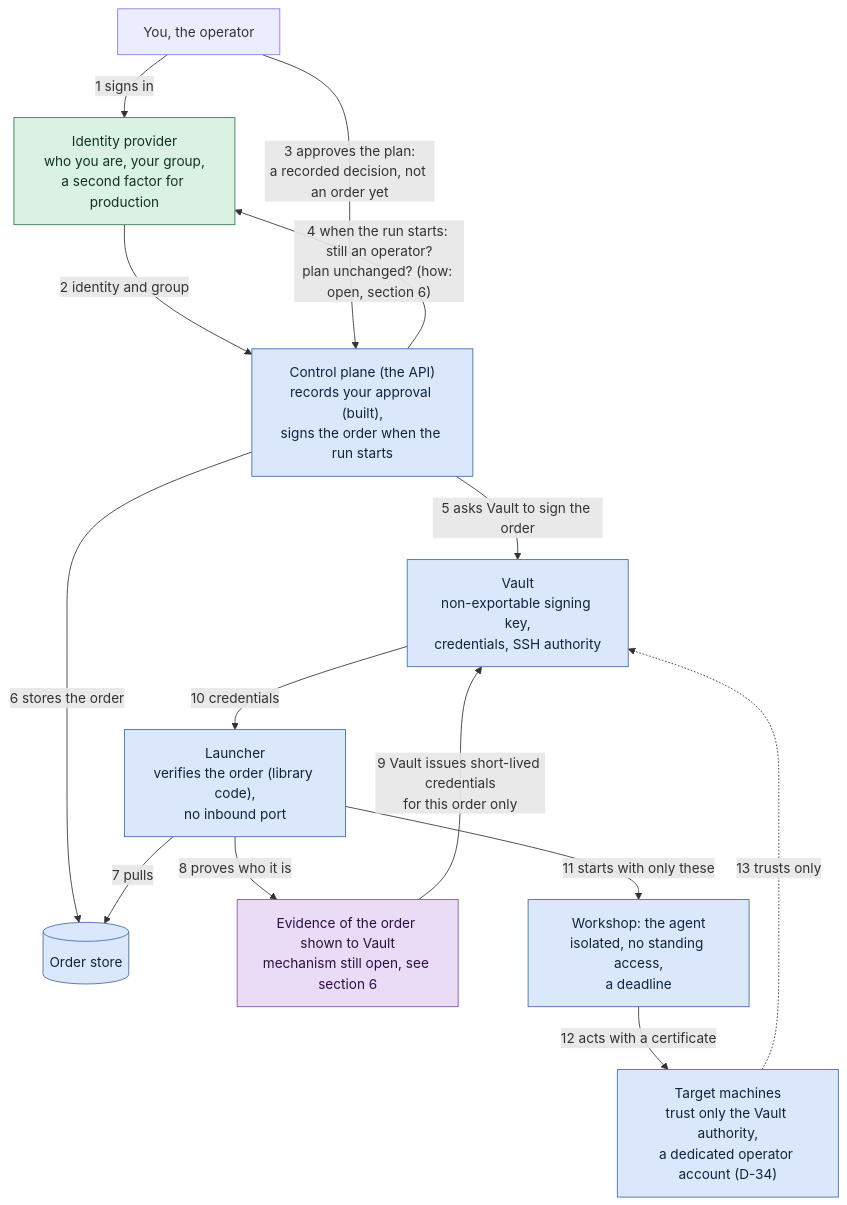
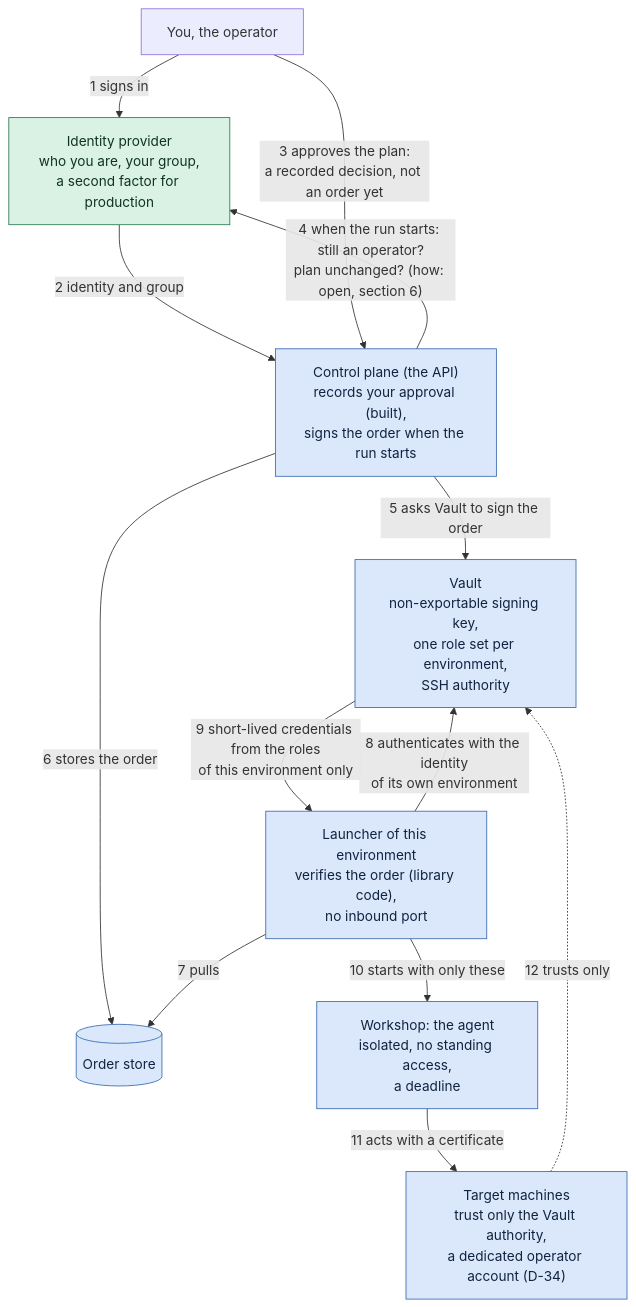
One commit to MafLabs38/orchestrarr changed the first of 4 diagrams in docs/security-model.md. Above: the diagram before and after it, drawn with Mermaid. The commit also changed other lines of this file and 2 other files, not shown here.

First line of the commit message:
docs(adr): one launcher and one Vault role per environment (ADR 0012) (#19)

````diff
--- a/docs/security-model.md
+++ b/docs/security-model.md
@@ -37,30 +37,28 @@
 ```mermaid
 flowchart TB
   person["You, the operator"]
   kc["Identity provider<br/>who you are, your group,<br/>a second factor for production"]:::built
   cp["Control plane (the API)<br/>records your approval (built),<br/>signs the order when the run starts"]:::decided
-  vault["Vault<br/>non-exportable signing key,<br/>credentials, SSH authority"]:::decided
+  vault["Vault<br/>non-exportable signing key,<br/>one role set per environment,<br/>SSH authority"]:::decided
   store[("Order store")]:::decided
-  launcher["Launcher<br/>verifies the order (library code),<br/>no inbound port"]:::decided
-  evidence["Evidence of the order shown to Vault<br/>mechanism still open, see section 6"]:::proposed
+  launcher["Launcher of this environment<br/>verifies the order (library code),<br/>no inbound port"]:::decided
   shop["Workshop: the agent<br/>isolated, no standing access,<br/>a deadline"]:::decided
   target["Target machines<br/>trust only the Vault authority,<br/>a dedicated operator account (D-34)"]:::decided
 
   person -->|"1 signs in"| kc
   kc -->|"2 identity and group"| cp
   person -->|"3 approves the plan:<br/>a recorded decision, not an order yet"| cp
   cp -->|"4 when the run starts: still an operator?<br/>plan unchanged? (how: open, section 6)"| kc
   cp -->|"5 asks Vault to sign the order"| vault
   cp -->|"6 stores the order"| store
   launcher -->|"7 pulls"| store
-  launcher -->|"8 proves who it is"| evidence
-  evidence -->|"9 Vault issues short-lived credentials<br/>for this order only"| vault
-  vault -->|"10 credentials"| launcher
-  launcher -->|"11 starts with only these"| shop
-  shop -->|"12 acts with a certificate"| target
-  target -.->|"13 trusts only"| vault
+  launcher -->|"8 authenticates with the identity<br/>of its own environment"| vault
+  vault -->|"9 short-lived credentials from the roles<br/>of this environment only"| launcher
+  launcher -->|"10 starts with only these"| shop
+  shop -->|"11 acts with a certificate"| target
+  target -.->|"12 trusts only"| vault
 
   classDef built fill:#d9f2e3,stroke:#2d7a4f,color:#10331f
   classDef decided fill:#dbe8fb,stroke:#3b6ab0,color:#10233f
   classDef proposed fill:#eadcf7,stroke:#7a4fb0,color:#2a1040
 ```
````
